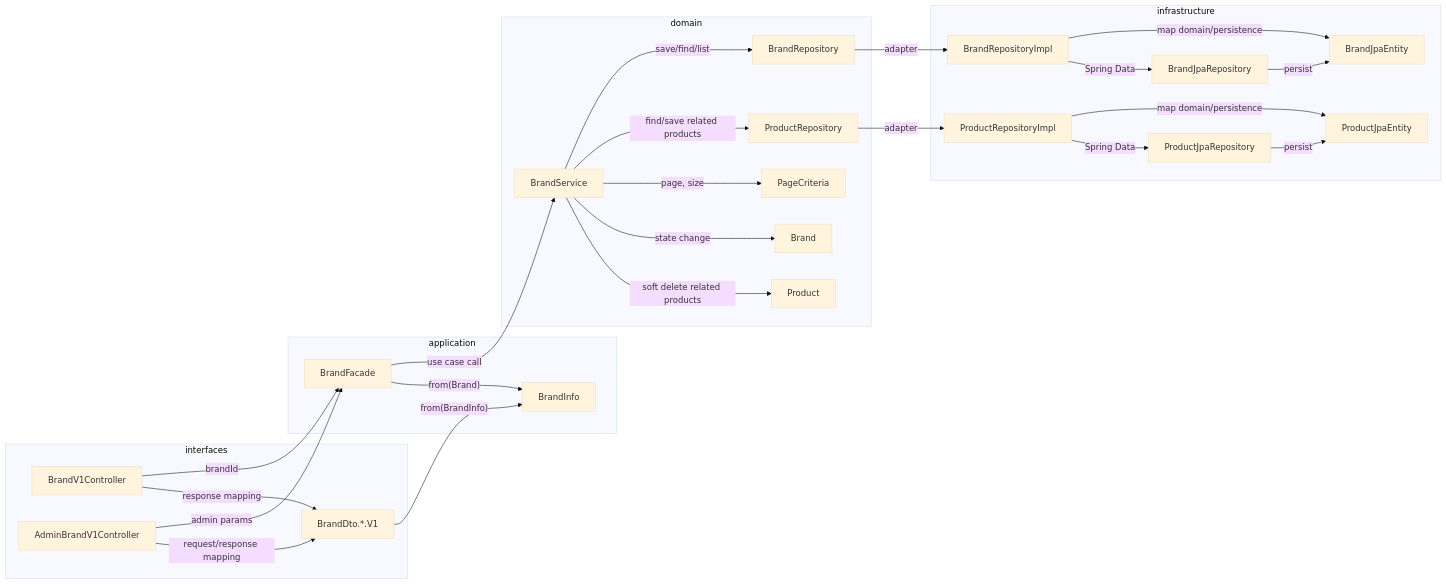
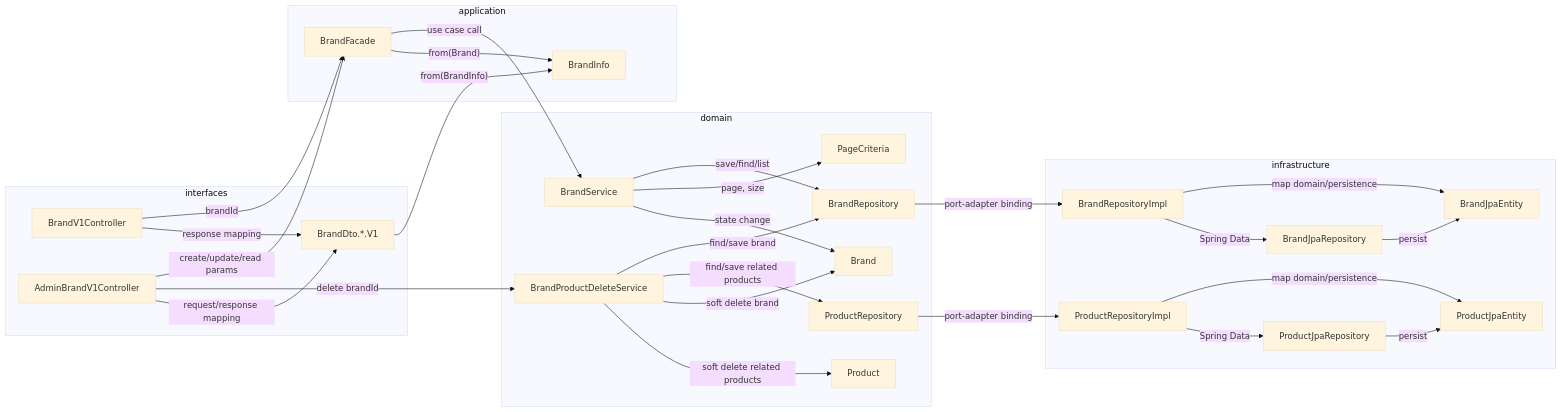
Before and after one commit to loopers-labs/loop-pack-be-l2-vol4-java: the third of 6 diagrams in docs/week3/01-api-dependency-structure.md, drawn with Mermaid (base theme). The commit also changed other lines of this file and 2 other files, not shown here.

````diff
--- a/docs/week3/01-api-dependency-structure.md
+++ b/docs/week3/01-api-dependency-structure.md
@@ -157,55 +165,59 @@
 ```mermaid
 flowchart LR
     subgraph interfaces
         BrandV1Controller
         AdminBrandV1Controller
         BrandDto["BrandDto.*.V1"]
     end
 
     subgraph application
         BrandFacade
         BrandInfo
     end
 
     subgraph domain
         BrandService
+        BrandProductDeleteService
         BrandRepository
         ProductRepository
         PageCriteria
         Brand
         Product
     end
 
     subgraph infrastructure
         BrandRepositoryImpl
         BrandJpaRepository
         BrandJpaEntity
         ProductRepositoryImpl
         ProductJpaRepository
         ProductJpaEntity
     end
 
     BrandV1Controller -->|"brandId"| BrandFacade
-    AdminBrandV1Controller -->|"admin params"| BrandFacade
+    AdminBrandV1Controller -->|"create/update/read params"| BrandFacade
+    AdminBrandV1Controller -->|"delete brandId"| BrandProductDeleteService
     BrandV1Controller -->|"response mapping"| BrandDto
     AdminBrandV1Controller -->|"request/response mapping"| BrandDto
     BrandDto -->|"from(BrandInfo)"| BrandInfo
 
     BrandFacade -->|"use case call"| BrandService
     BrandFacade -->|"from(Brand)"| BrandInfo
 
     BrandService -->|"save/find/list"| BrandRepository
-    BrandService -->|"find/save related products"| ProductRepository
     BrandService -->|"page, size"| PageCriteria
     BrandService -->|"state change"| Brand
-    BrandService -->|"soft delete related products"| Product
+    BrandProductDeleteService -->|"find/save brand"| BrandRepository
+    BrandProductDeleteService -->|"find/save related products"| ProductRepository
+    BrandProductDeleteService -->|"soft delete brand"| Brand
+    BrandProductDeleteService -->|"soft delete related products"| Product
 
-    BrandRepository -->|"adapter"| BrandRepositoryImpl
+    BrandRepository -->|"port-adapter binding"| BrandRepositoryImpl
     BrandRepositoryImpl -->|"map domain/persistence"| BrandJpaEntity
     BrandRepositoryImpl -->|"Spring Data"| BrandJpaRepository
     BrandJpaRepository -->|"persist"| BrandJpaEntity
-    ProductRepository -->|"adapter"| ProductRepositoryImpl
+    ProductRepository -->|"port-adapter binding"| ProductRepositoryImpl
     ProductRepositoryImpl -->|"map domain/persistence"| ProductJpaEntity
     ProductRepositoryImpl -->|"Spring Data"| ProductJpaRepository
     ProductJpaRepository -->|"persist"| ProductJpaEntity
 ```
````
